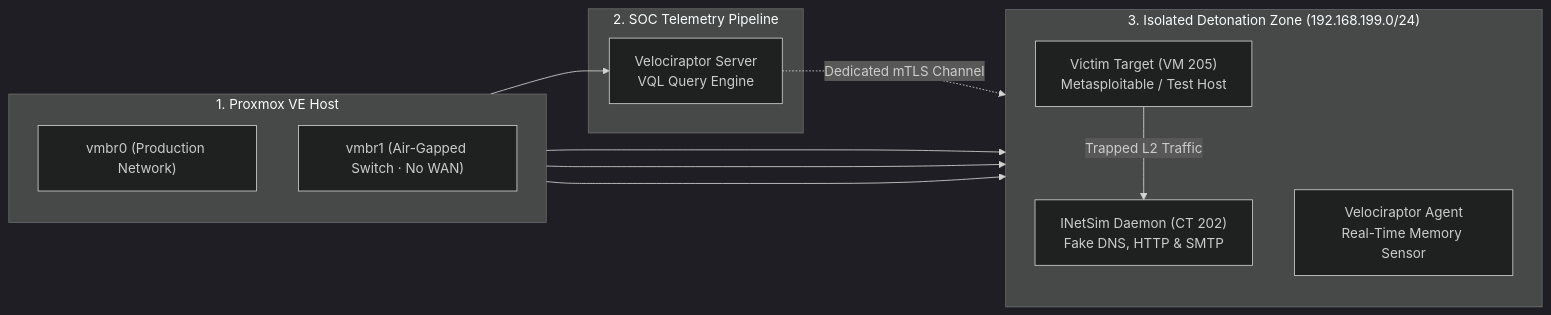
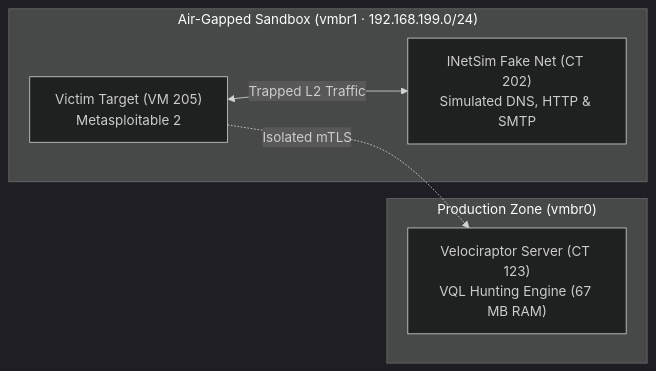
Before and after one commit to Lessa-github/cyber-dfir-training-lab: the diagram in docs/README.md, drawn with Mermaid (dark theme). The commit also changed 1 other file, not shown here.

Commit message:
docs(ui): streamline air-gapped sandbox diagram, disable subMaxLevel, and eliminate scroll jitter

````diff
--- a/docs/README.md
+++ b/docs/README.md
@@ -40,27 +40,14 @@
 ```mermaid
-graph LR
-    subgraph HYPERVISOR ["1. Proxmox VE Host"]
-        direction TB
-        VMBR0["vmbr0 (Production Network)"]
-        VMBR1["vmbr1 (Air-Gapped Switch · No WAN)"]
+flowchart LR
+    subgraph SANDBOX ["Air-Gapped Sandbox (vmbr1 · 192.168.199.0/24)"]
+        Victim["Victim Target (VM 205)<br>Metasploitable 2"]
+        INetSim["INetSim Fake Net (CT 202)<br>Simulated DNS, HTTP & SMTP"]
+        Victim <-->|"Trapped L2 Traffic"| INetSim
     end
 
-    subgraph PROD ["2. SOC Telemetry Pipeline"]
-        VServer["Velociraptor Server<br>VQL Query Engine"]
+    subgraph PROD ["Production Zone (vmbr0)"]
+        VServer["Velociraptor Server (CT 123)<br>VQL Hunting Engine (67 MB RAM)"]
     end
 
-    subgraph SANDBOX ["3. Isolated Detonation Zone (192.168.199.0/24)"]
-        direction TB
-        Victim["Victim Target (VM 205)<br>Metasploitable / Test Host"]
-        INetSim["INetSim Daemon (CT 202)<br>Fake DNS, HTTP & SMTP"]
-        VAgent["Velociraptor Agent<br>Real-Time Memory Sensor"]
-    end
-
-    VMBR0 --> VServer
-    VMBR1 --> Victim
-    VMBR1 --> INetSim
-    VMBR1 --> VAgent
-
-    Victim -->|"Trapped L2 Traffic"| INetSim
-    VServer -.->|"Dedicated mTLS Channel"| VAgent
+    Victim -.->|"Isolated mTLS"| VServer
 ```
````
